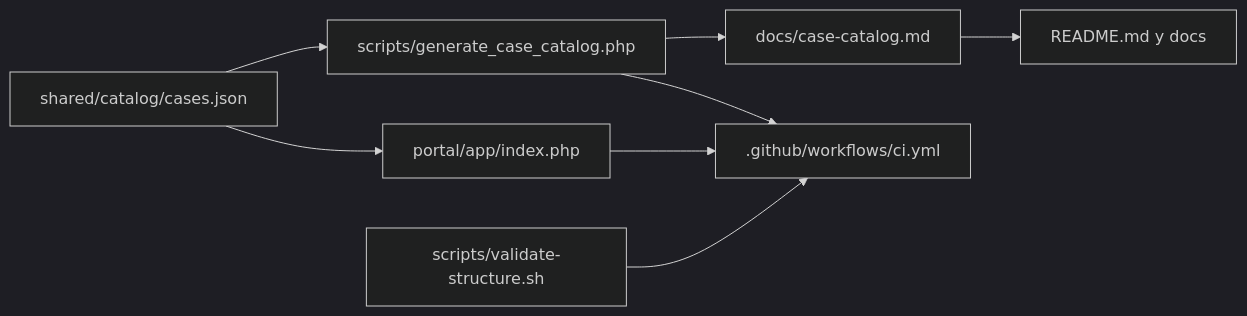
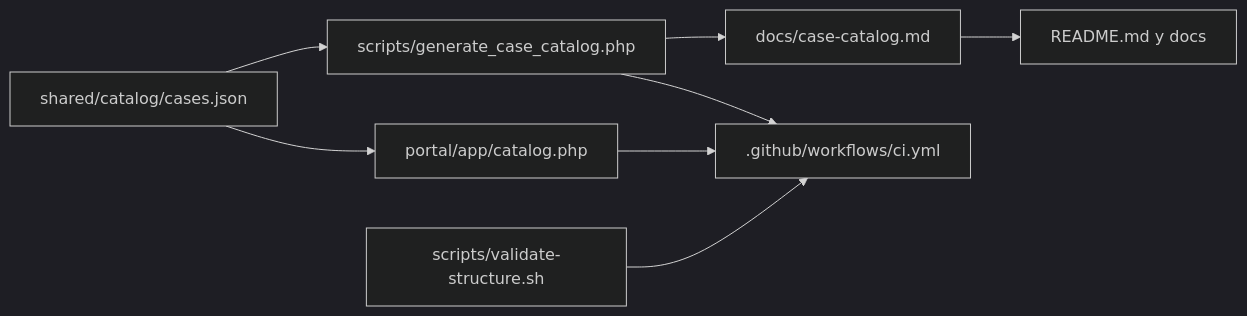
Before and after one commit to vladimiracunadev-create/problem-driven-systems-lab: the diagram in docs/architecture.md, drawn with Mermaid (dark theme). The commit also changed other lines of this file and 10 other files, not shown here.

````diff
--- a/docs/architecture.md
+++ b/docs/architecture.md
@@ -58,10 +62,10 @@
 ```mermaid
 flowchart LR
-    A["shared/catalog/cases.json"] --> B["portal/app/index.php"]
+    A["shared/catalog/cases.json"] --> B["portal/app/catalog.php"]
     A --> C["scripts/generate_case_catalog.php"]
     C --> D["docs/case-catalog.md"]
     D --> E["README.md y docs"]
     F["scripts/validate-structure.sh"] --> G[".github/workflows/ci.yml"]
     B --> G
     C --> G
 ```
````
